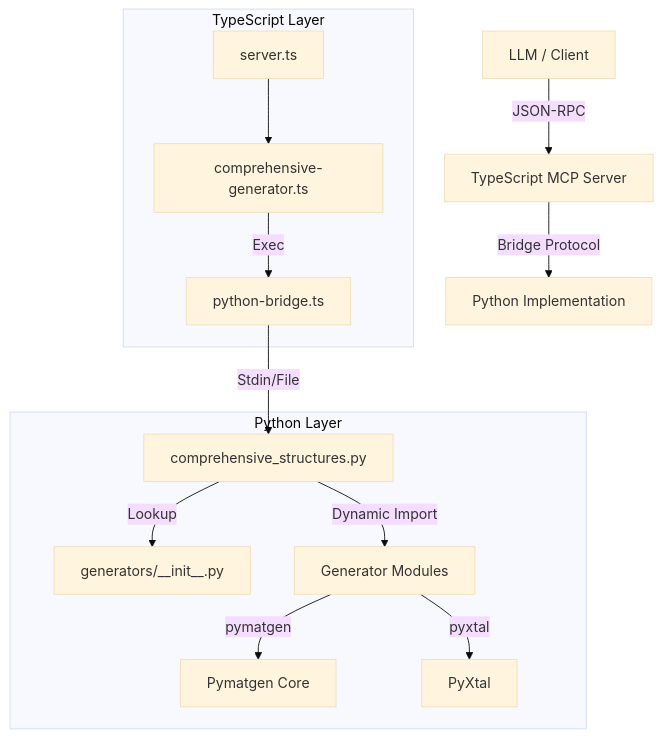
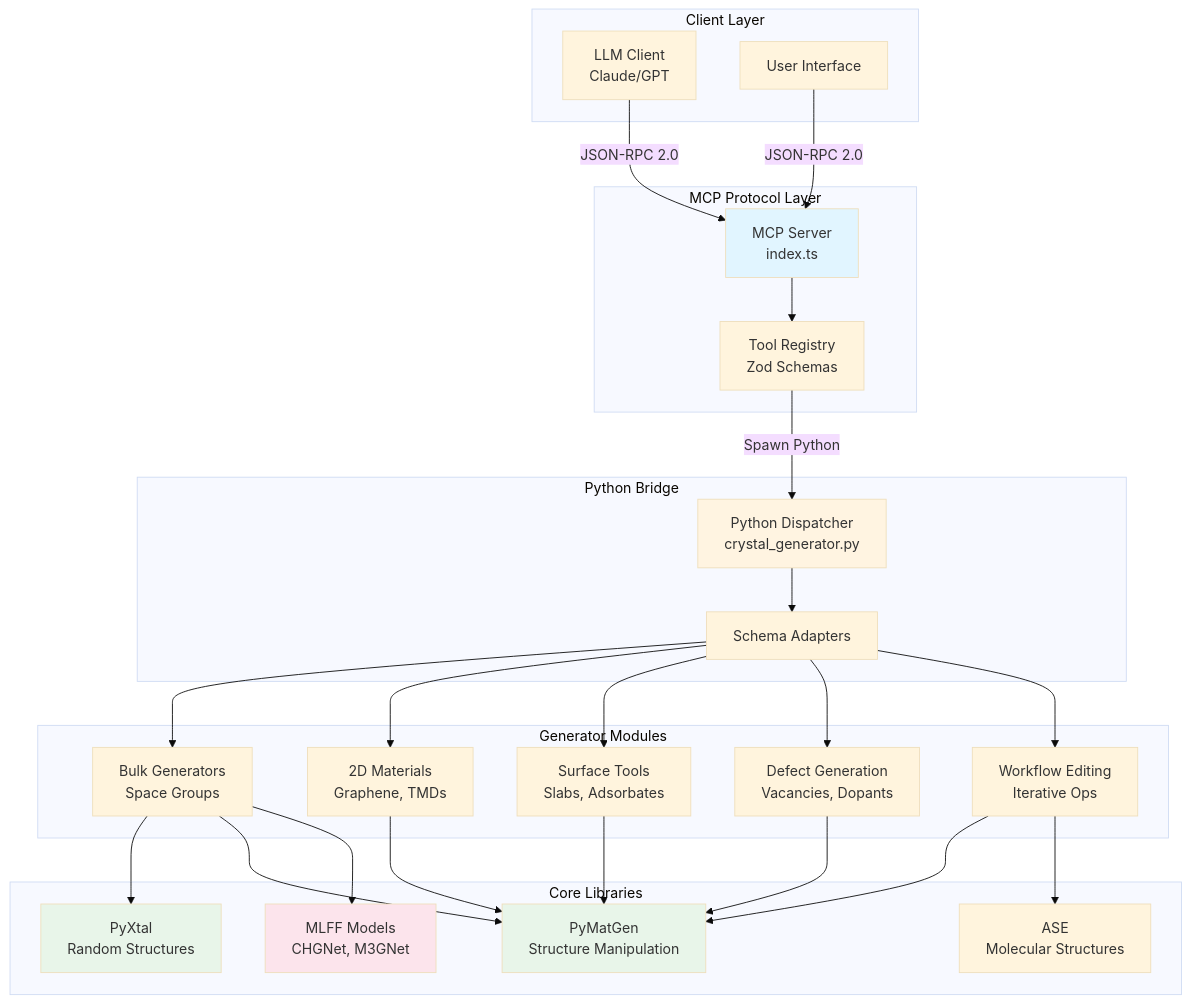
The first of 10 diagrams in docs/architecture.md (Indranil2020/crystal_mcp_server), drawn with Mermaid (base theme) before and after one commit. The commit also changed other lines of this file and 7 other files, not shown here.

````diff
--- a/docs/architecture.md
+++ b/docs/architecture.md
@@ -7,27 +7,58 @@
 ```mermaid
-graph TD
-    User[LLM / Client] -->|JSON-RPC| TS[TypeScript MCP Server]
-    TS -->|Bridge Protocol| Py[Python Implementation]
-    
-    subgraph "TypeScript Layer"
-        SRV[server.ts]
-        HND[comprehensive-generator.ts]
-        BRG[python-bridge.ts]
-        
-        SRV --> HND
-        HND -->|Exec| BRG
+graph TB
+    subgraph "Client Layer"
+        LLM[LLM Client<br/>Claude/GPT]
+        USER[User Interface]
     end
-    
-    subgraph "Python Layer"
-        RTR[comprehensive_structures.py]
-        REG[generators/__init__.py]
-        MODS[Generator Modules]
-        
-        BRG -->|Stdin/File| RTR
-        RTR -->|Lookup| REG
-        RTR -->|Dynamic Import| MODS
-        
-        MODS -->|pymatgen| CORE[Pymatgen Core]
-        MODS -->|pyxtal| XTAL[PyXtal]
+
+    subgraph "MCP Protocol Layer"
+        MCP[MCP Server<br/>index.ts]
+        TOOLS[Tool Registry<br/>Zod Schemas]
     end
+
+    subgraph "Python Bridge"
+        DISPATCHER[Python Dispatcher<br/>crystal_generator.py]
+        ADAPTER[Schema Adapters]
+    end
+
+    subgraph "Generator Modules"
+        BULK[Bulk Generators<br/>Space Groups]
+        2D[2D Materials<br/>Graphene, TMDs]
+        SURFACE[Surface Tools<br/>Slabs, Adsorbates]
+        DEFECT[Defect Generation<br/>Vacancies, Dopants]
+        WORKFLOW[Workflow Editing<br/>Iterative Ops]
+    end
+
+    subgraph "Core Libraries"
+        PYXTAL[PyXtal<br/>Random Structures]
+        PYMATGEN[PyMatGen<br/>Structure Manipulation]
+        ASE[ASE<br/>Molecular Structures]
+        MLFF[MLFF Models<br/>CHGNet, M3GNet]
+    end
+
+    LLM -->|JSON-RPC 2.0| MCP
+    USER -->|JSON-RPC 2.0| MCP
+    MCP --> TOOLS
+    TOOLS -->|Spawn Python| DISPATCHER
+    DISPATCHER --> ADAPTER
+    ADAPTER --> BULK
+    ADAPTER --> 2D
+    ADAPTER --> SURFACE
+    ADAPTER --> DEFECT
+    ADAPTER --> WORKFLOW
+
+    BULK --> PYXTAL
+    BULK --> PYMATGEN
+    2D --> PYMATGEN
+    SURFACE --> PYMATGEN
+    DEFECT --> PYMATGEN
+    WORKFLOW --> PYMATGEN
+    WORKFLOW --> ASE
+    BULK --> MLFF
+
+    style MCP fill:#e1f5ff
+    style DISPATCHER fill:#fff4e1
+    style PYXTAL fill:#e8f5e9
+    style PYMATGEN fill:#e8f5e9
+    style MLFF fill:#fce4ec
 ```
````
